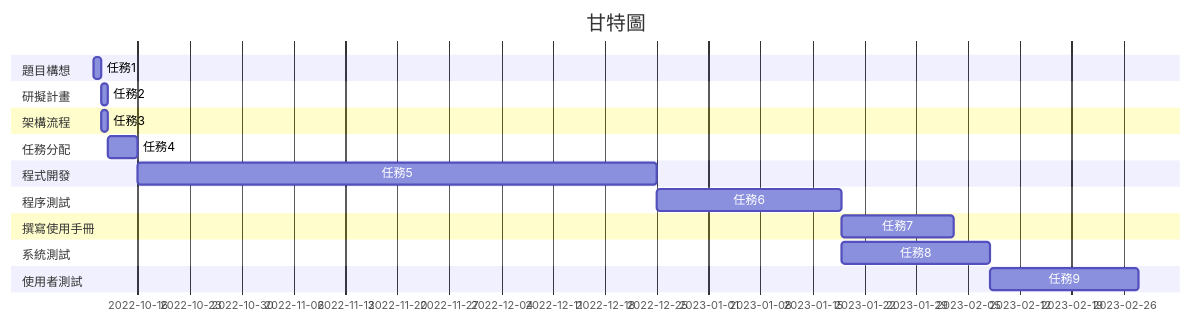
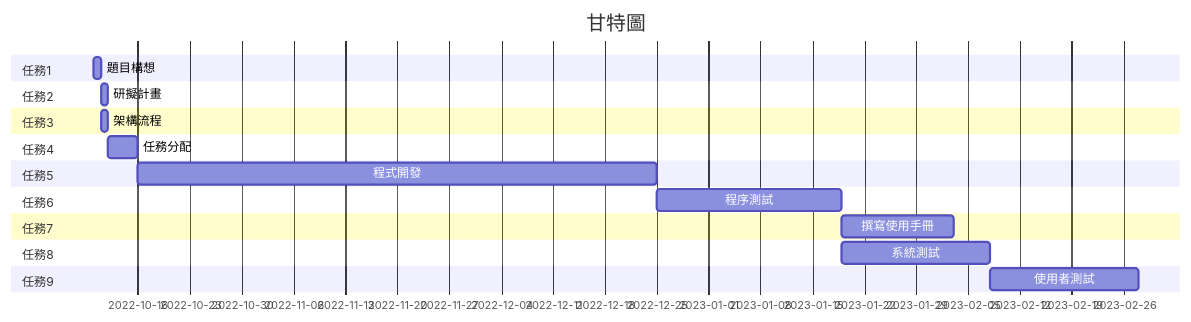
The first of 2 diagrams in README.md (Forever-Hate/no15), drawn with Mermaid before and after one commit.

````diff
--- a/README.md
+++ b/README.md
@@ -28,23 +28,23 @@
 ```mermaid
 gantt
     title 甘特圖
     
-    section 題目構想
-    任務1 : a1, 2022-10-10, 1d
-    section 研擬計畫
-    任務2 : a2, after a1, 1d
-    section 架構流程
-    任務3 : a3, after a1, 1d
-    section 任務分配
-    任務4 : a4, after a3, 4d
-    section 程式開發
-    任務5 : a5, after a4, 70d
-    section 程序測試
-    任務6 : a6, after a5, 25d
-    section 撰寫使用手冊
-    任務7 : a7, after a6, 15d
-    section 系統測試
-    任務8 : a8, after a6, 20d
-    section 使用者測試
-    任務9 : a9, after a8, 20d
+    section 任務1
+    題目構想: a1, 2022-10-10, 1d
+    section 任務2
+    研擬計畫: a2, after a1, 1d
+    section 任務3 
+    架構流程: a3, after a1, 1d
+    section 任務4 
+    任務分配: a4, after a3, 4d
+    section 任務5 
+    程式開發: a5, after a4, 70d
+    section 任務6 
+    程序測試: a6, after a5, 25d
+    section 任務7 
+    撰寫使用手冊: a7, after a6, 15d
+    section 任務8 
+    系統測試: a8, after a6, 20d
+    section 任務9 
+    使用者測試: a9, after a8, 20d
 ```
````
